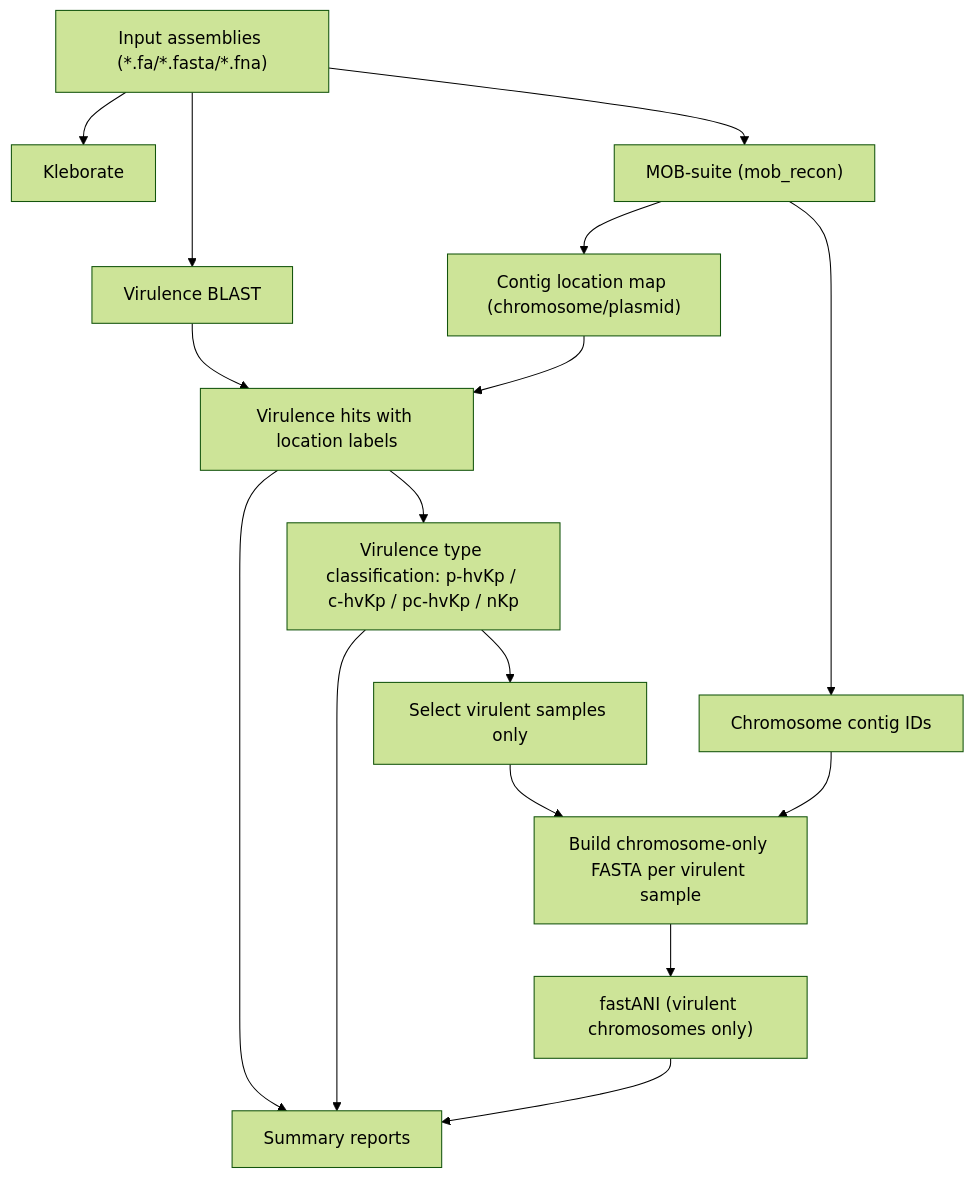
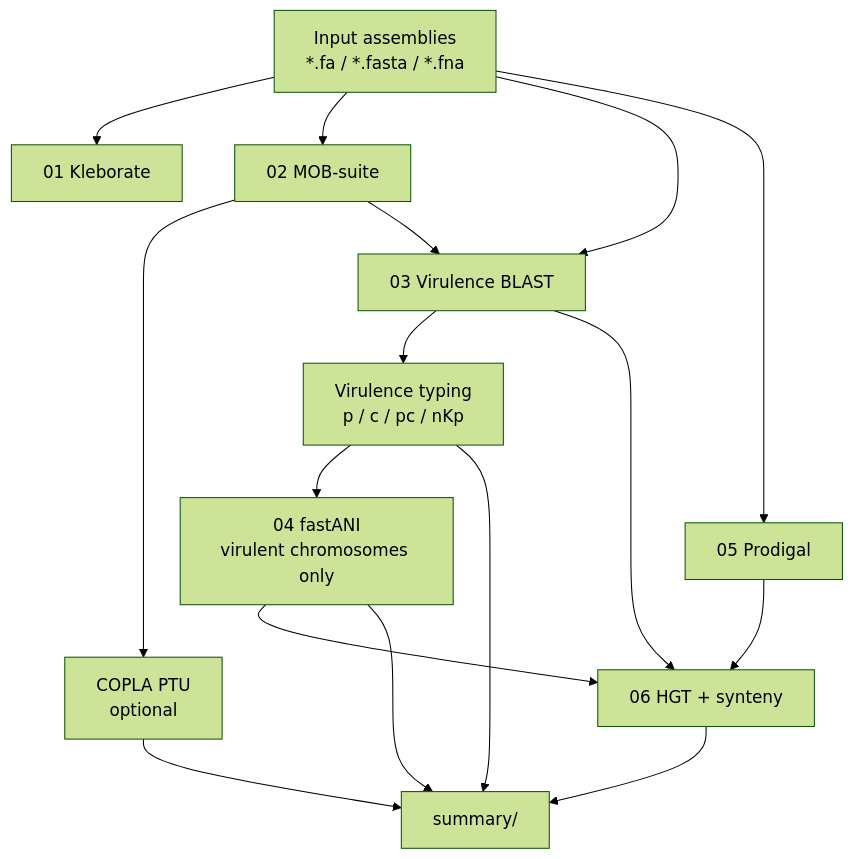
The diagram in README.md (wrd970427-droid/Kp-VirTracer), drawn with Mermaid (forest theme) before and after one commit. The commit also changed other lines of this file, not shown here.

````diff
--- a/README.md
+++ b/README.md
@@ -124,18 +33,18 @@
 ```mermaid
 flowchart TD
-    A["Input assemblies (*.fa/*.fasta/*.fna)"] --> B["Kleborate"]
-    A --> C["MOB-suite (mob_recon)"]
-    A --> D["Virulence BLAST"]
-    C --> E["Contig location map (chromosome/plasmid)"]
-    D --> F["Virulence hits with location labels"]
-    E --> F
-    F --> G["Virulence type classification: p-hvKp / c-hvKp / pc-hvKp / nKp"]
-    G --> H["Select virulent samples only"]
-    C --> I["Chromosome contig IDs"]
-    H --> J["Build chromosome-only FASTA per virulent sample"]
-    I --> J
-    J --> K["fastANI (virulent chromosomes only)"]
-    F --> L["Summary reports"]
-    G --> L
-    K --> L
+    A["Input assemblies<br/>*.fa / *.fasta / *.fna"] --> B["01 Kleborate"]
+    A --> C["02 MOB-suite"]
+    C --> C2["COPLA PTU<br/>optional"]
+    A --> D["03 Virulence BLAST"]
+    C --> D
+    D --> G["Virulence typing<br/>p / c / pc / nKp"]
+    G --> H["04 fastANI<br/>virulent chromosomes only"]
+    A --> L["05 Prodigal"]
+    D --> M["06 HGT + synteny"]
+    H --> M
+    L --> M
+    G --> N["summary/"]
+    C2 --> N
+    H --> N
+    M --> N
 ```
````
